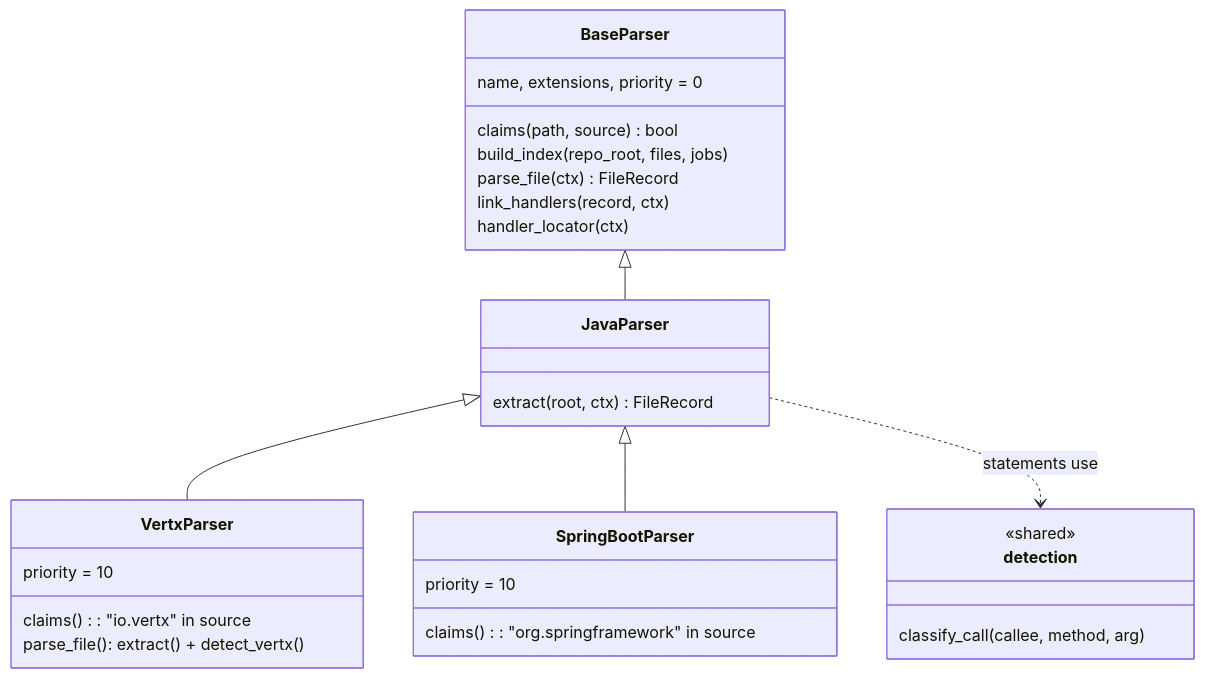
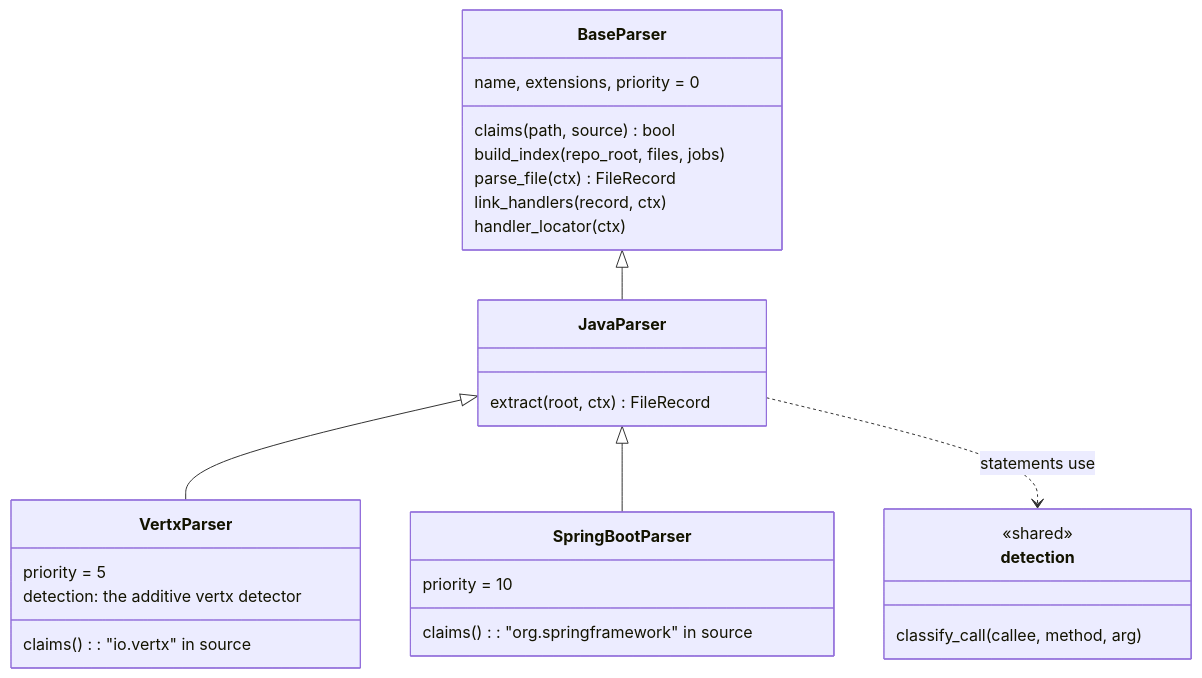
One commit to accionlabs/breezeai-cog changed the sixth of 9 diagrams in docs/architecture.md. Above: the diagram before and after it, drawn with Mermaid. The commit also changed other lines of this file and 2 other files, not shown here.

First line of the commit message:
docs(architecture): Vert.x is a priority-5 parser plus an additive detector; new Java and Kotlin index facts

````diff
--- a/docs/architecture.md
+++ b/docs/architecture.md
@@ -498,31 +503,31 @@
 ```mermaid
 classDiagram
   class BaseParser {
     name, extensions, priority = 0
     claims(path, source) bool
     build_index(repo_root, files, jobs)
     parse_file(ctx) FileRecord
     link_handlers(record, ctx)
     handler_locator(ctx)
   }
   class JavaParser {
     extract(root, ctx) FileRecord
   }
   class VertxParser {
-    priority = 10
+    priority = 5
     claims(): "io.vertx" in source
-    parse_file(): extract() + detect_vertx()
+    detection: the additive vertx detector
   }
   class SpringBootParser {
     priority = 10
     claims(): "org.springframework" in source
   }
   class detection {
     <<shared>>
     classify_call(callee, method, arg)
   }
   BaseParser <|-- JavaParser
   JavaParser <|-- VertxParser
   JavaParser <|-- SpringBootParser
   JavaParser ..> detection : statements use
 ```
````
